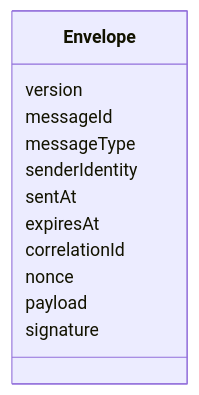
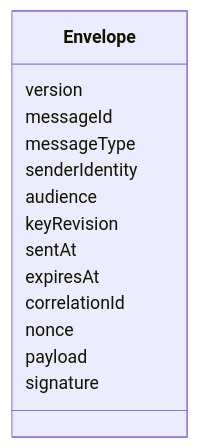
Before and after one commit to 0xgleb/agentopoly: the third of 8 diagrams in SPEC.md, drawn with Mermaid. The commit also changed other lines of this file and 5 other files, not shown here.

````diff
--- a/SPEC.md
+++ b/SPEC.md
@@ -55,15 +55,17 @@
 ```mermaid
 classDiagram
   class Envelope {
     version
     messageId
     messageType
     senderIdentity
+    audience
+    keyRevision
     sentAt
     expiresAt
     correlationId
     nonce
     payload
     signature
   }
 ```
````
